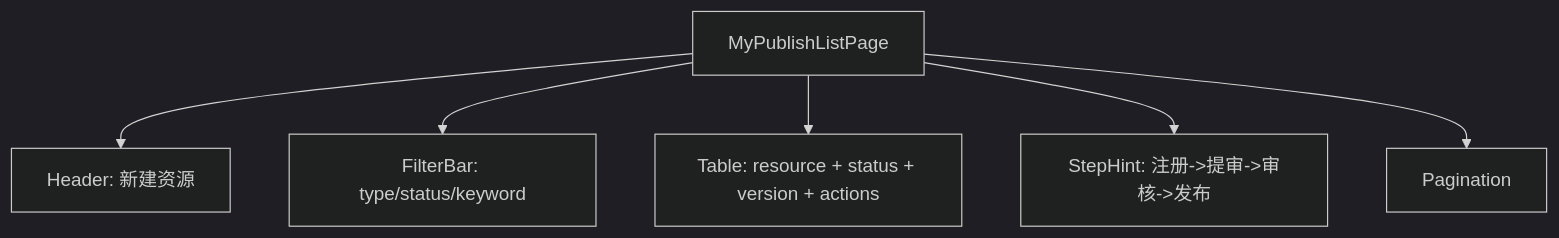
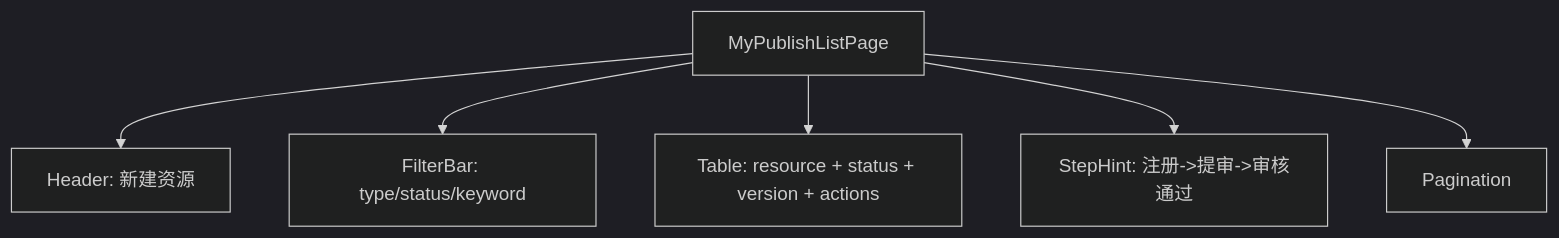
The fourth of 5 diagrams in docs/ai-handoff-docs/01-menu-and-page-blueprints.md (WangDiGua/LantuConnect-Frontend), drawn with Mermaid (dark theme) before and after one commit. The commit also changed other lines of this file and 37 other files, not shown here.

Commit message:
feat(frontend): finalize resource registration and usage flows

````diff
--- a/docs/ai-handoff-docs/01-menu-and-page-blueprints.md
+++ b/docs/ai-handoff-docs/01-menu-and-page-blueprints.md
@@ -203,8 +203,8 @@
 ```mermaid
 flowchart TD
   publish["MyPublishListPage"] --> h["Header: 新建资源"]
   publish --> f["FilterBar: type/status/keyword"]
   publish --> t["Table: resource + status + version + actions"]
-  publish --> step["StepHint: 注册->提审->审核->发布"]
+  publish --> step["StepHint: 注册->提审->审核通过"]
   publish --> p["Pagination"]
 ```
````
